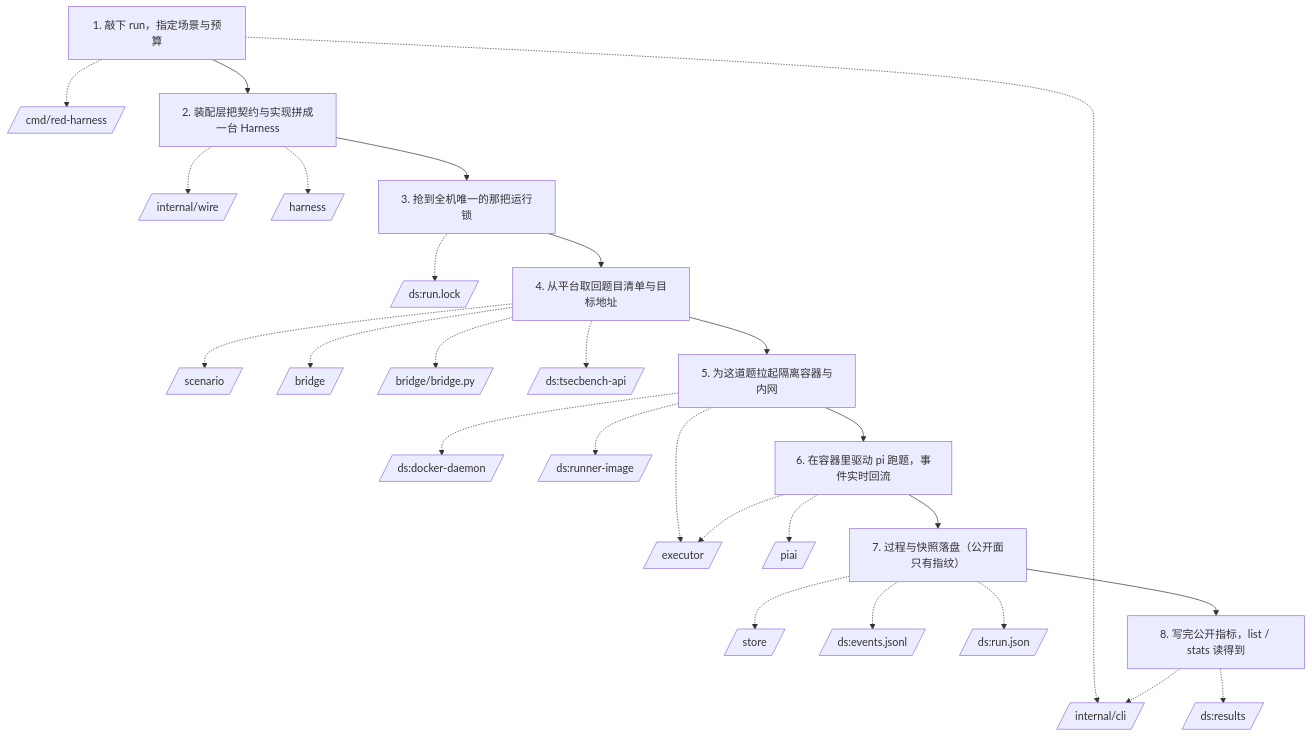
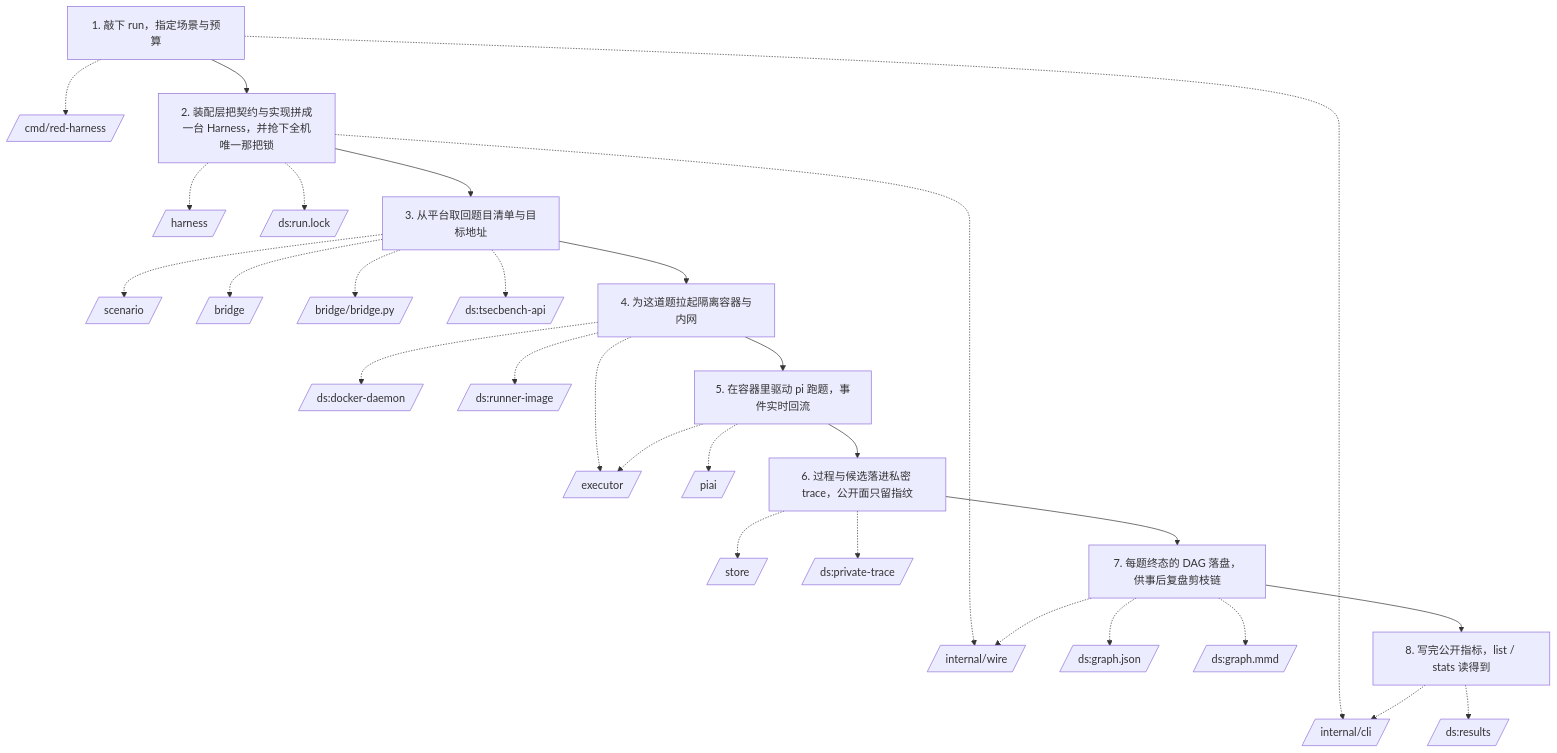
One commit to red-copilot/red-harness changed the diagram in analysis/red-harness/critical-path.mmd. Above: the diagram before and after it, drawn with Mermaid. The commit also changed 5 other files, not shown here.

```diff
--- a/analysis/red-harness/critical-path.mmd
+++ b/analysis/red-harness/critical-path.mmd
@@ -1,56 +1,60 @@
 flowchart TD
   %% 主流程：研究员跑一次评测，拿回分数（人设：安全研究员（红队工程师））
   %% 无遥测接入（本机不接平台、不跑真实 provider），故不标 p50/p99。
   s0["1. 敲下 run，指定场景与预算"]
   n_cmd_red_harness[/"cmd/red-harness"/]
   s0 -.-> n_cmd_red_harness
   n_internal_cli[/"internal/cli"/]
   s0 -.-> n_internal_cli
-  s1["2. 装配层把契约与实现拼成一台 Harness"]
+  s1["2. 装配层把契约与实现拼成一台 Harness，并抢下全机唯一那把锁"]
   s0 --> s1
   n_internal_wire[/"internal/wire"/]
   s1 -.-> n_internal_wire
   n_harness[/"harness"/]
   s1 -.-> n_harness
-  s2["3. 抢到全机唯一的那把运行锁"]
+  n_ds_run_lock[/"ds:run.lock"/]
+  s1 -.-> n_ds_run_lock
+  s2["3. 从平台取回题目清单与目标地址"]
   s1 --> s2
-  n_ds_run_lock[/"ds:run.lock"/]
-  s2 -.-> n_ds_run_lock
-  s3["4. 从平台取回题目清单与目标地址"]
+  n_scenario[/"scenario"/]
+  s2 -.-> n_scenario
+  n_bridge[/"bridge"/]
+  s2 -.-> n_bridge
+  n_bridge_bridge_py[/"bridge/bridge.py"/]
+  s2 -.-> n_bridge_bridge_py
+  n_ds_tsecbench_api[/"ds:tsecbench-api"/]
+  s2 -.-> n_ds_tsecbench_api
+  s3["4. 为这道题拉起隔离容器与内网"]
   s2 --> s3
-  n_scenario[/"scenario"/]
-  s3 -.-> n_scenario
-  n_bridge[/"bridge"/]
-  s3 -.-> n_bridge
-  n_bridge_bridge_py[/"bridge/bridge.py"/]
-  s3 -.-> n_bridge_bridge_py
-  n_ds_tsecbench_api[/"ds:tsecbench-api"/]
-  s3 -.-> n_ds_tsecbench_api
-  s4["5. 为这道题拉起隔离容器与内网"]
+  n_executor[/"executor"/]
+  s3 -.-> n_executor
+  n_ds_docker_daemon[/"ds:docker-daemon"/]
+  s3 -.-> n_ds_docker_daemon
+  n_ds_runner_image[/"ds:runner-image"/]
+  s3 -.-> n_ds_runner_image
+  s4["5. 在容器里驱动 pi 跑题，事件实时回流"]
   s3 --> s4
+  n_piai[/"piai"/]
+  s4 -.-> n_piai
   n_executor[/"executor"/]
   s4 -.-> n_executor
-  n_ds_docker_daemon[/"ds:docker-daemon"/]
-  s4 -.-> n_ds_docker_daemon
-  n_ds_runner_image[/"ds:runner-image"/]
-  s4 -.-> n_ds_runner_image
-  s5["6. 在容器里驱动 pi 跑题，事件实时回流"]
+  s5["6. 过程与候选落进私密 trace，公开面只留指纹"]
   s4 --> s5
-  n_piai[/"piai"/]
-  s5 -.-> n_piai
-  n_executor[/"executor"/]
-  s5 -.-> n_executor
-  s6["7. 过程与快照落盘（公开面只有指纹）"]
+  n_store[/"store"/]
+  s5 -.-> n_store
+  n_ds_private_trace[/"ds:private-trace"/]
+  s5 -.-> n_ds_private_trace
+  s6["7. 每题终态的 DAG 落盘，供事后复盘剪枝链"]
   s5 --> s6
-  n_store[/"store"/]
-  s6 -.-> n_store
-  n_ds_events_jsonl[/"ds:events.jsonl"/]
-  s6 -.-> n_ds_events_jsonl
-  n_ds_run_json[/"ds:run.json"/]
-  s6 -.-> n_ds_run_json
+  n_internal_wire[/"internal/wire"/]
+  s6 -.-> n_internal_wire
+  n_ds_graph_json[/"ds:graph.json"/]
+  s6 -.-> n_ds_graph_json
+  n_ds_graph_mmd[/"ds:graph.mmd"/]
+  s6 -.-> n_ds_graph_mmd
   s7["8. 写完公开指标，list / stats 读得到"]
   s6 --> s7
   n_ds_results[/"ds:results"/]
   s7 -.-> n_ds_results
   n_internal_cli[/"internal/cli"/]
   s7 -.-> n_internal_cli
```
